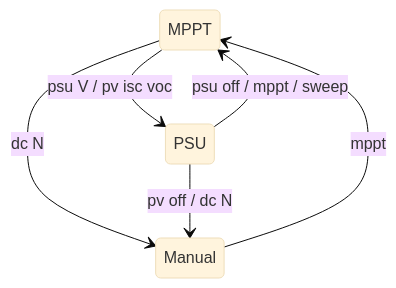
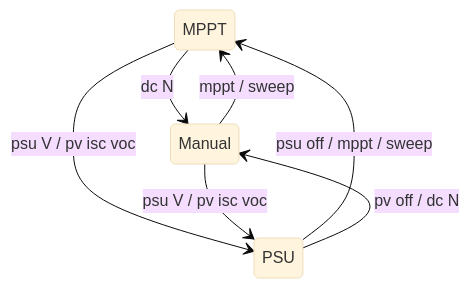
The diagram in website/docs/guide/operating-modes.md (fl4p/fugu-mppt-firmware), drawn with Mermaid (base theme) before and after one commit. The commit also changed other lines of this file and 3 other files, not shown here.

````diff
--- a/website/docs/guide/operating-modes.md
+++ b/website/docs/guide/operating-modes.md
@@ -43,8 +45,9 @@
 ```mermaid
 stateDiagram-v2
   MPPT --> Manual: dc N
-  Manual --> MPPT: mppt
+  Manual --> MPPT: mppt / sweep
   MPPT --> PSU: psu V / pv isc voc
+  Manual --> PSU: psu V / pv isc voc
   PSU --> MPPT: psu off / mppt / sweep
   PSU --> Manual: pv off / dc N
 ```
````
